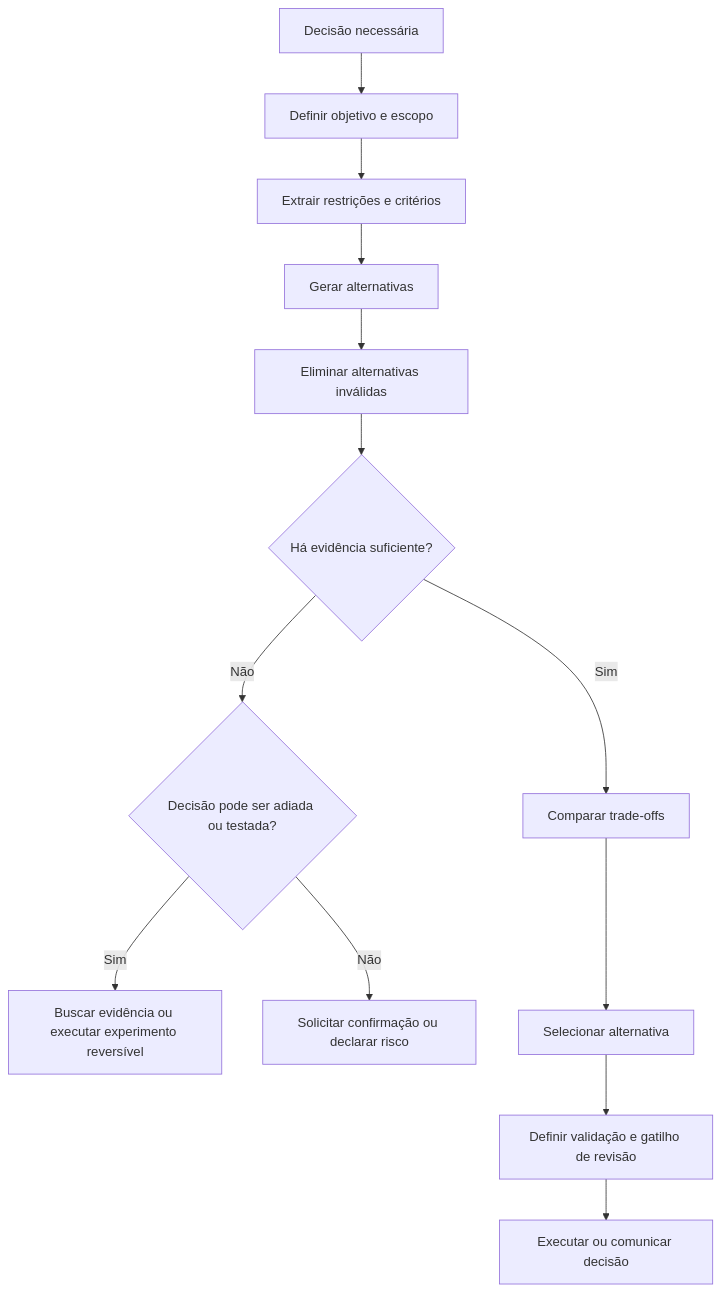
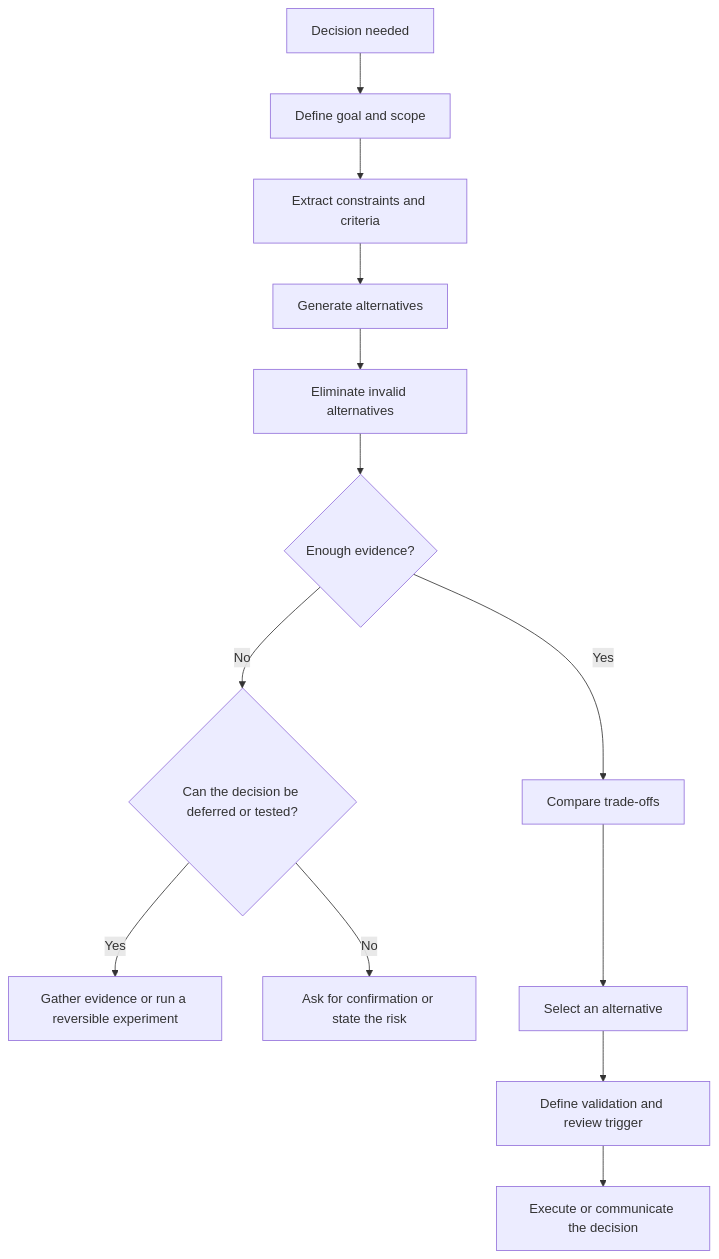
One commit to rpelizza/PelizzAI changed the first of 2 diagrams in dist/.claude/skills/pelizzai-reasoning/techniques/decision-making.md. Above: the diagram before and after it, drawn with Mermaid. The commit also changed other lines of this file and 362 other files, not shown here.

````diff
--- a/dist/.claude/skills/pelizzai-reasoning/techniques/decision-making.md
+++ b/dist/.claude/skills/pelizzai-reasoning/techniques/decision-making.md
@@ -36,17 +36,17 @@
 ```mermaid
 flowchart TD
-    A[Decisão necessária] --> B[Definir objetivo e escopo]
-    B --> C[Extrair restrições e critérios]
-    C --> D[Gerar alternativas]
-    D --> E[Eliminar alternativas inválidas]
-    E --> F{Há evidência suficiente?}
+    A[Decision needed] --> B[Define goal and scope]
+    B --> C[Extract constraints and criteria]
+    C --> D[Generate alternatives]
+    D --> E[Eliminate invalid alternatives]
+    E --> F{Enough evidence?}
 
-    F -- Não --> G{Decisão pode ser adiada ou testada?}
-    G -- Sim --> H[Buscar evidência ou executar experimento reversível]
-    G -- Não --> I[Solicitar confirmação ou declarar risco]
+    F -- No --> G{Can the decision be deferred or tested?}
+    G -- Yes --> H[Gather evidence or run a reversible experiment]
+    G -- No --> I[Ask for confirmation or state the risk]
 
-    F -- Sim --> J[Comparar trade-offs]
-    J --> K[Selecionar alternativa]
-    K --> L[Definir validação e gatilho de revisão]
-    L --> M[Executar ou comunicar decisão]
+    F -- Yes --> J[Compare trade-offs]
+    J --> K[Select an alternative]
+    K --> L[Define validation and review trigger]
+    L --> M[Execute or communicate the decision]
 ```
````
